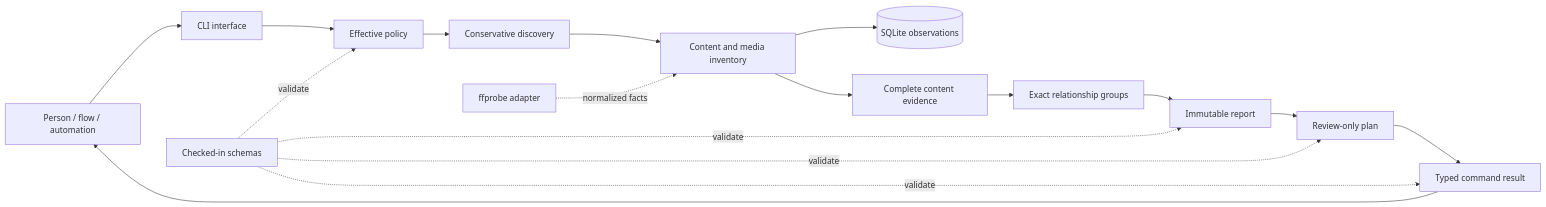
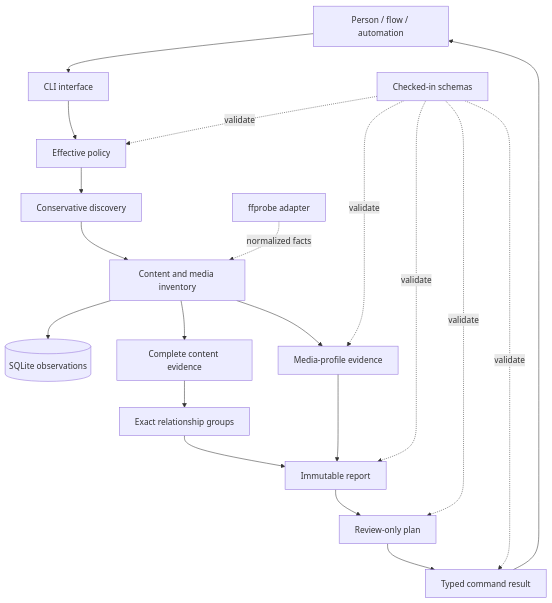
The diagram in ARCHITECTURE.md (egohygiene/optiflow), drawn with Mermaid before and after one commit. The commit also changed other lines of this file and 49 other files, not shown here.

First line of the commit message:
feat(media): add read-only PNG profile evidence

````diff
--- a/ARCHITECTURE.md
+++ b/ARCHITECTURE.md
@@ -104,19 +105,22 @@
 ```mermaid
-flowchart LR
+flowchart TD
     caller[Person / flow / automation] --> cli[CLI interface]
     cli --> policy[Effective policy]
     policy --> discovery[Conservative discovery]
     discovery --> inventory[Content and media inventory]
     inventory --> state[(SQLite observations)]
     inventory --> evidence[Complete content evidence]
     evidence --> groups[Exact relationship groups]
     groups --> report[Immutable report]
+    inventory --> profiles[Media-profile evidence]
+    profiles --> report
     report --> plan[Review-only plan]
     plan --> outcome[Typed command result]
     outcome --> caller
     ffprobe[ffprobe adapter] -. normalized facts .-> inventory
     schemas[Checked-in schemas] -. validate .-> policy
+    schemas -. validate .-> profiles
     schemas -. validate .-> report
     schemas -. validate .-> plan
     schemas -. validate .-> outcome
 ```
````
